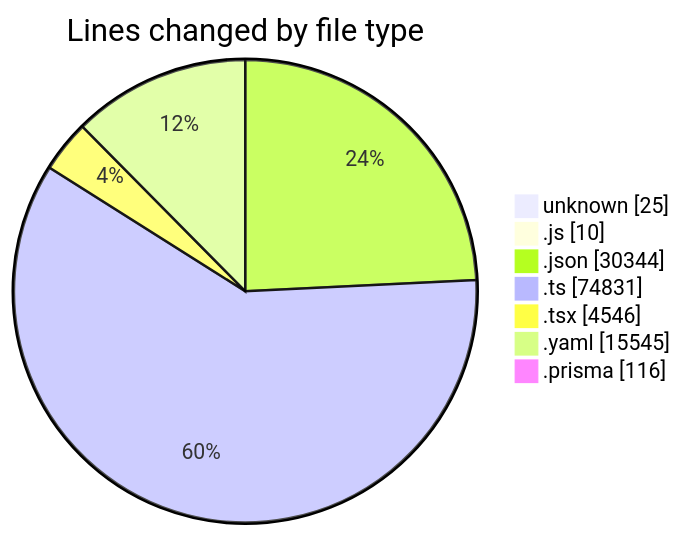
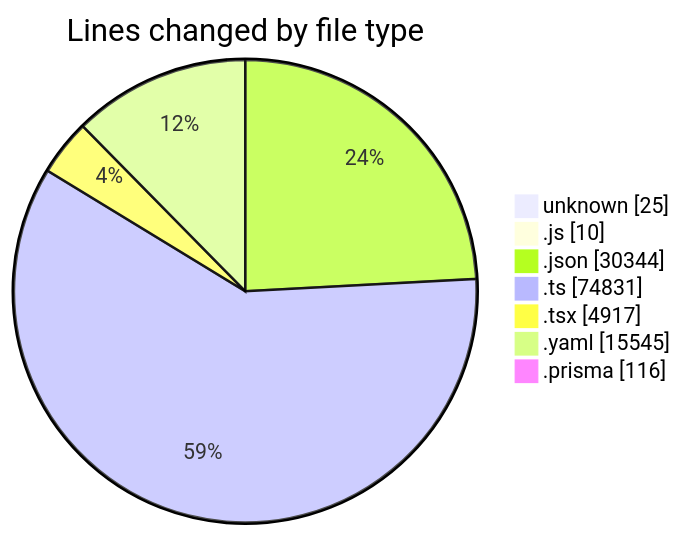
Before and after one commit to CELIANVF/code-tracking: the first of 2 diagrams in 2025-05-02/ecodeli/README.md, drawn with Mermaid. The commit also changed other lines of this file and 1 other file, not shown here.

````diff
--- a/2025-05-02/ecodeli/README.md
+++ b/2025-05-02/ecodeli/README.md
@@ -71,11 +72,11 @@
 ```mermaid
 pie showData
 title Lines changed by file type
 "unknown" : 25
 ".js" : 10
 ".json" : 30344
 ".ts" : 74831
-".tsx" : 4546
+".tsx" : 4917
 ".yaml" : 15545
 ".prisma" : 116
 ```
````
